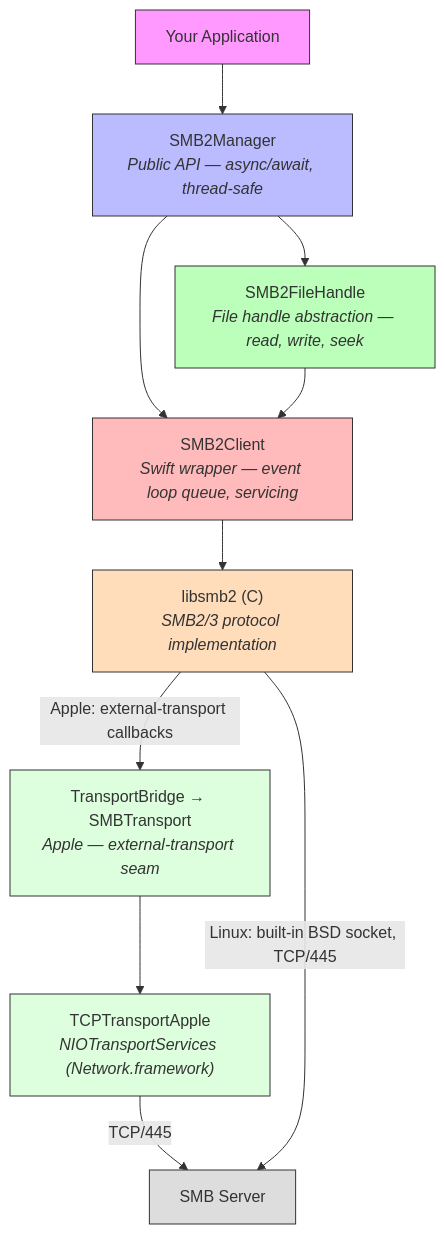
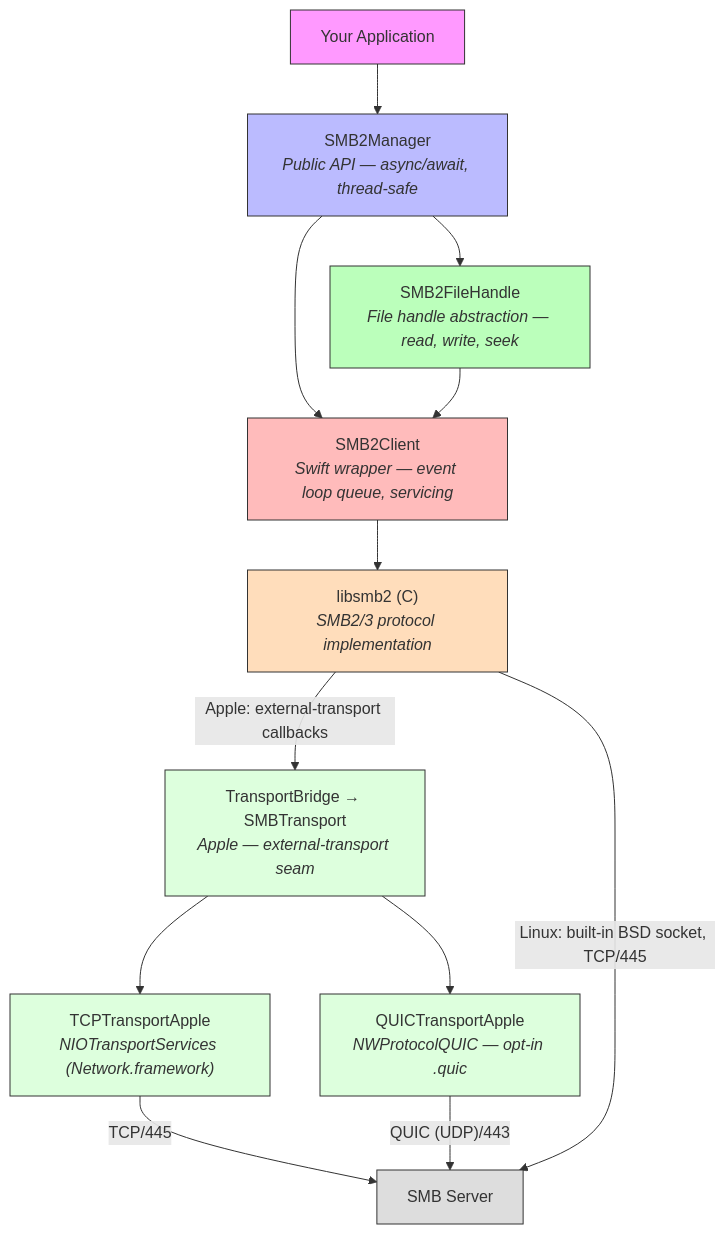
The first of 7 diagrams in docs/ARCHITECTURE.md (simplekube-ro/AMSMB2), drawn with Mermaid before and after one commit. The commit also changed other lines of this file and 28 other files, not shown here.

````diff
--- a/docs/ARCHITECTURE.md
+++ b/docs/ARCHITECTURE.md
@@ -11,30 +11,34 @@
 ```mermaid
 graph TB
     App["Your Application"]
     Manager["SMB2Manager<br/><i>Public API — async/await, thread-safe</i>"]
     FileHandle["SMB2FileHandle<br/><i>File handle abstraction — read, write, seek</i>"]
     Client["SMB2Client<br/><i>Swift wrapper — event loop queue, servicing</i>"]
     LibSMB2["libsmb2 (C)<br/><i>SMB2/3 protocol implementation</i>"]
     Bridge["TransportBridge → SMBTransport<br/><i>Apple — external-transport seam</i>"]
     TCP["TCPTransportApple<br/><i>NIOTransportServices (Network.framework)</i>"]
+    QUIC["QUICTransportApple<br/><i>NWProtocolQUIC — opt-in .quic</i>"]
     Server["SMB Server"]
 
     App --> Manager
     Manager --> FileHandle
     Manager --> Client
     FileHandle --> Client
     Client --> LibSMB2
     LibSMB2 -->|"Apple: external-transport callbacks"| Bridge
     Bridge --> TCP
+    Bridge --> QUIC
     TCP -->|"TCP/445"| Server
+    QUIC -->|"QUIC (UDP)/443"| Server
     LibSMB2 -->|"Linux: built-in BSD socket, TCP/445"| Server
 
     style App fill:#f9f,stroke:#333
     style Manager fill:#bbf,stroke:#333
     style FileHandle fill:#bfb,stroke:#333
     style Client fill:#fbb,stroke:#333
     style LibSMB2 fill:#fdb,stroke:#333
     style Bridge fill:#dfd,stroke:#333
     style TCP fill:#dfd,stroke:#333
+    style QUIC fill:#dfd,stroke:#333
     style Server fill:#ddd,stroke:#333
 ```
````
